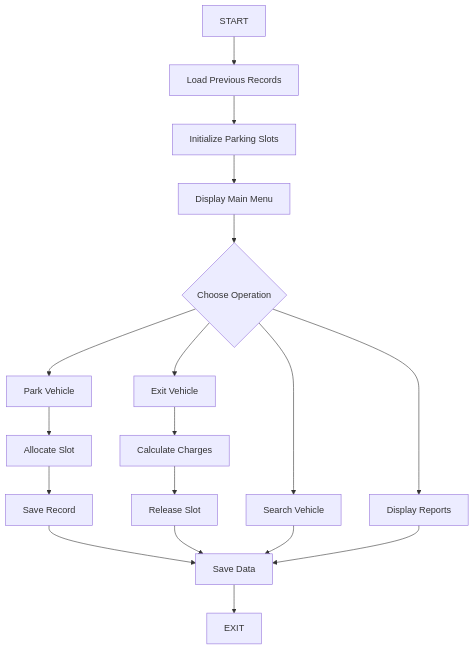
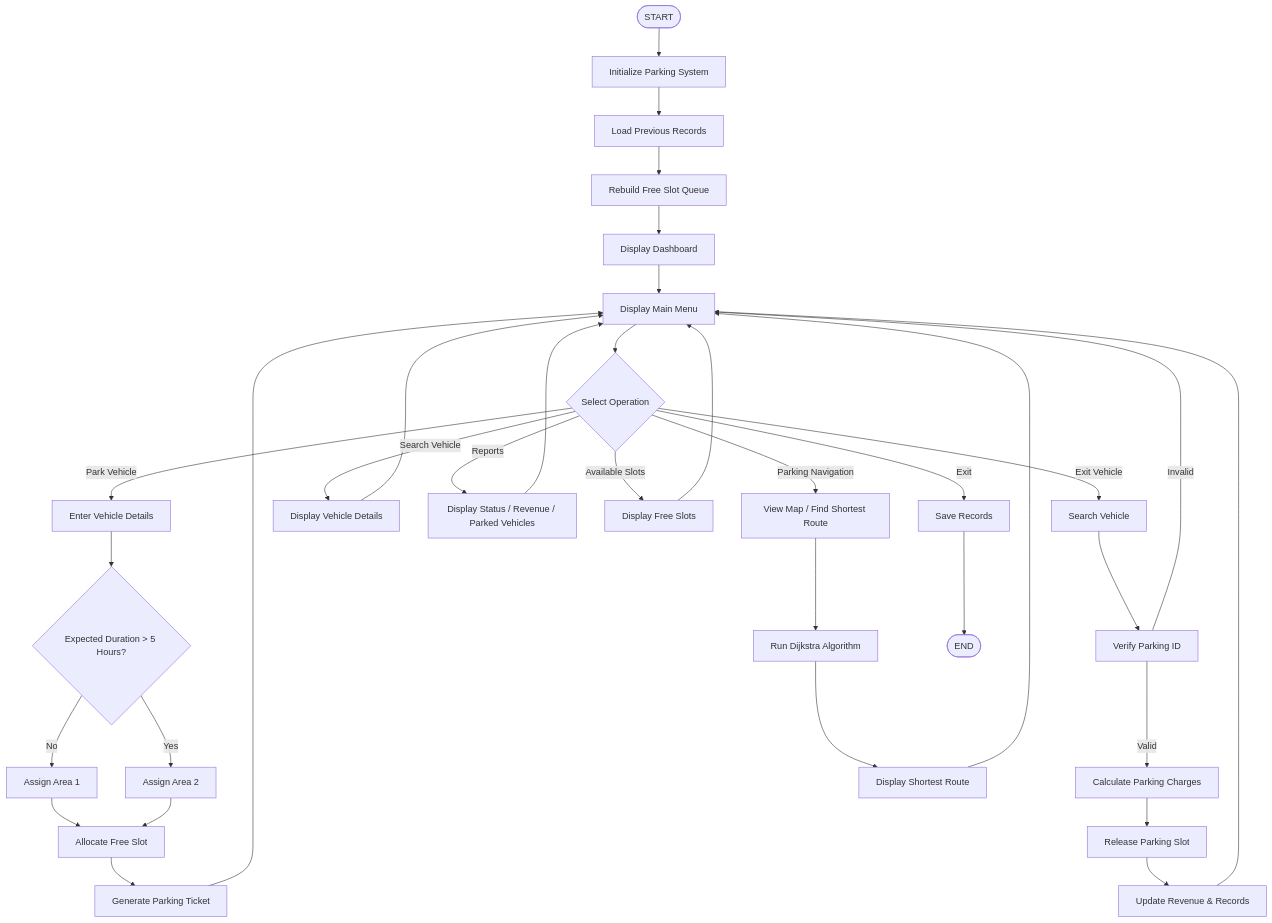
The diagram in README.md (AnjaliGhildiyal5/Parking-management-system-c), drawn with Mermaid before and after one commit. The commit also changed other lines of this file, not shown here.

Commit message:
docs: enhance README with project architecture, graph navigation, and updated workflow

````diff
--- a/README.md
+++ b/README.md
@@ -75,31 +153,52 @@
 ```mermaid
 flowchart TD
 
-A[START] --> B[Load Previous Records]
+A([START]) --> B[Initialize Parking System]
+B --> C[Load Previous Records]
+C --> D[Rebuild Free Slot Queue]
+D --> E[Display Dashboard]
+E --> F[Display Main Menu]
 
-B --> C[Initialize Parking Slots]
+F --> G{Select Operation}
 
-C --> D[Display Main Menu]
+%% Parking
+G -->|Park Vehicle| H[Enter Vehicle Details]
+H --> I{Expected Duration > 5 Hours?}
+I -->|No| J[Assign Area 1]
+I -->|Yes| K[Assign Area 2]
+J --> L[Allocate Free Slot]
+K --> L
+L --> M[Generate Parking Ticket]
+M --> F
 
-D --> E{Choose Operation}
+%% Exit
+G -->|Exit Vehicle| N[Search Vehicle]
+N --> O[Verify Parking ID]
+O -->|Valid| P[Calculate Parking Charges]
+P --> Q[Release Parking Slot]
+Q --> R[Update Revenue & Records]
+R --> F
+O -->|Invalid| F
 
-E --> F[Park Vehicle]
-F --> G[Allocate Slot]
-G --> H[Save Record]
+%% Search
+G -->|Search Vehicle| S[Display Vehicle Details]
+S --> F
 
-E --> I[Exit Vehicle]
-I --> J[Calculate Charges]
-J --> K[Release Slot]
+%% Reports
+G -->|Reports| T[Display Status / Revenue / Parked Vehicles]
+T --> F
 
-E --> L[Search Vehicle]
+%% Available Slots
+G -->|Available Slots| U[Display Free Slots]
+U --> F
 
-E --> M[Display Reports]
+%% Navigation
+G -->|Parking Navigation| V[View Map / Find Shortest Route]
+V --> W[Run Dijkstra Algorithm]
+W --> X[Display Shortest Route]
+X --> F
 
-H --> N[Save Data]
-K --> N
-L --> N
-M --> N
-
-N --> O[EXIT]
-
+%% Exit Program
+G -->|Exit| Y[Save Records]
+Y --> Z([END])
 ```
````
